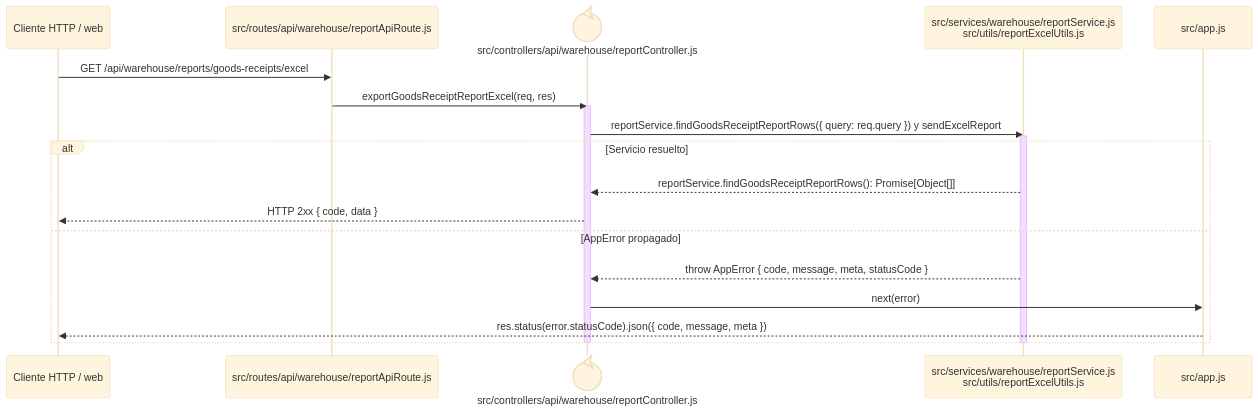
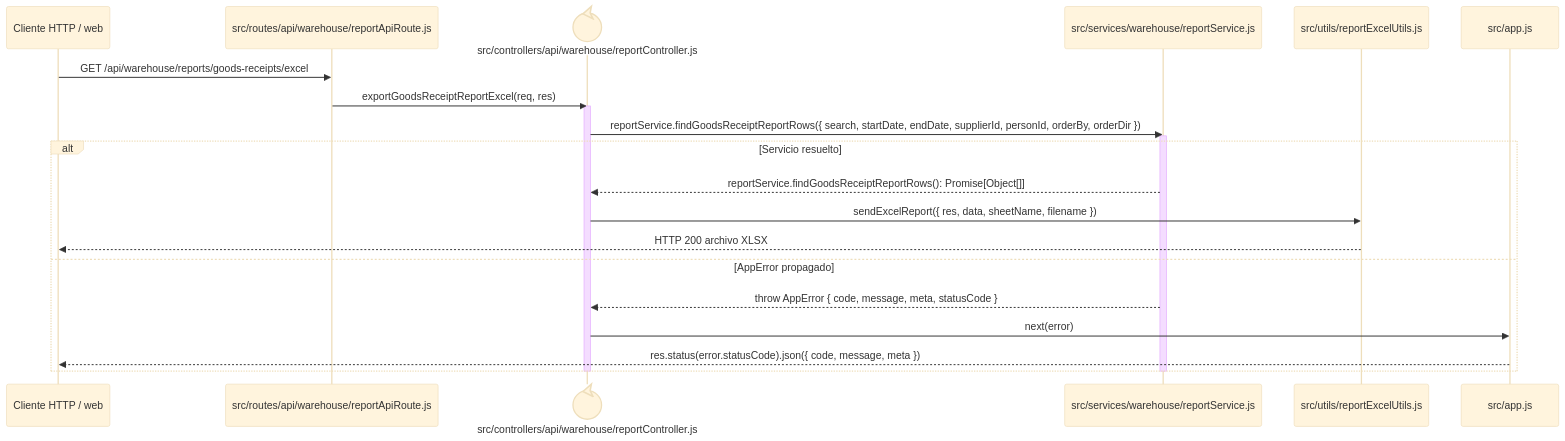
One commit to gpgsistemas01/nexus changed the diagram in docs/architecture/backend-code-sequences/purchases/cu-ent-06.md. Above: the diagram before and after it, drawn with Mermaid (base theme). The commit also changed 22 other files, not shown here.

````diff
--- a/docs/architecture/backend-code-sequences/purchases/cu-ent-06.md
+++ b/docs/architecture/backend-code-sequences/purchases/cu-ent-06.md
@@ -6,24 +6,26 @@
 ```mermaid
 sequenceDiagram
     participant Client as Cliente HTTP / web
     participant Route as src/routes/api/warehouse/reportApiRoute.js
     participant Controller@{ "type": "control" } as src/controllers/api/warehouse/reportController.js
-    participant Domain as src/services/warehouse/reportService.js<br/>src/utils/reportExcelUtils.js
+    participant Query as src/services/warehouse/reportService.js
+    participant Excel as src/utils/reportExcelUtils.js
     participant ErrorHandler as src/app.js
 
     Client->>Route: GET /api/warehouse/reports/goods-receipts/excel
     Route->>Controller: exportGoodsReceiptReportExcel(req, res)
     activate Controller
-    Controller->>Domain: reportService.findGoodsReceiptReportRows({ query: req.query }) y sendExcelReport
-    activate Domain
+    Controller->>Query: reportService.findGoodsReceiptReportRows({ search, startDate, endDate, supplierId, personId, orderBy, orderDir })
+    activate Query
     alt Servicio resuelto
-        Domain-->>Controller: reportService.findGoodsReceiptReportRows(): Promise[Object[]]
-        Controller-->>Client: HTTP 2xx { code, data }
+        Query-->>Controller: reportService.findGoodsReceiptReportRows(): Promise[Object[]]
+        Controller->>Excel: sendExcelReport({ res, data, sheetName, filename })
+        Excel-->>Client: HTTP 200 archivo XLSX
     else AppError propagado
-        Domain-->>Controller: throw AppError { code, message, meta, statusCode }
+        Query-->>Controller: throw AppError { code, message, meta, statusCode }
         Controller->>ErrorHandler: next(error)
         ErrorHandler-->>Client: res.status(error.statusCode).json({ code, message, meta })
     end
-    deactivate Domain
+    deactivate Query
     deactivate Controller
 ```
````
